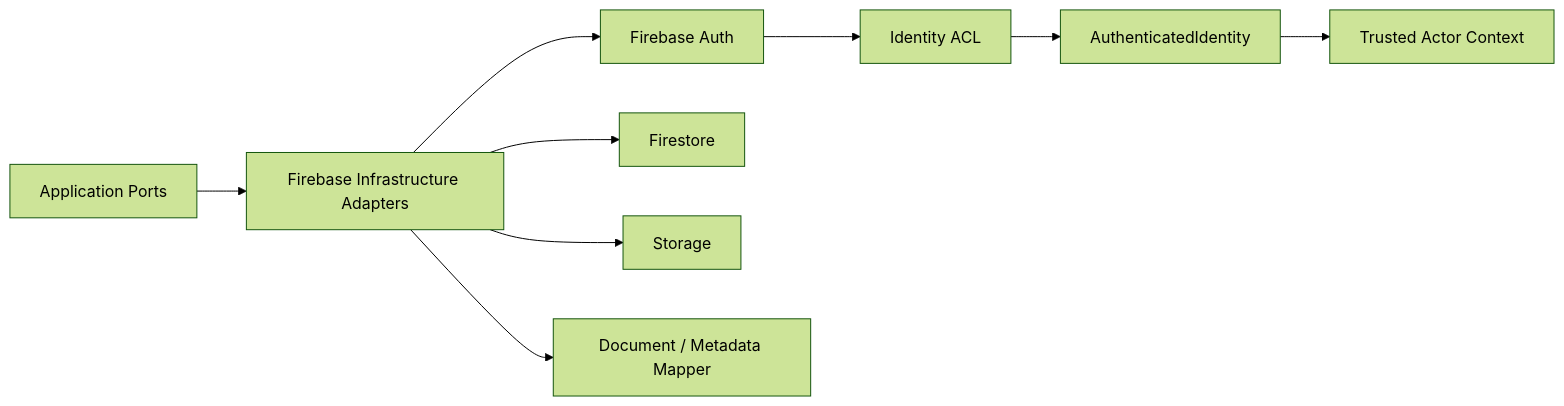
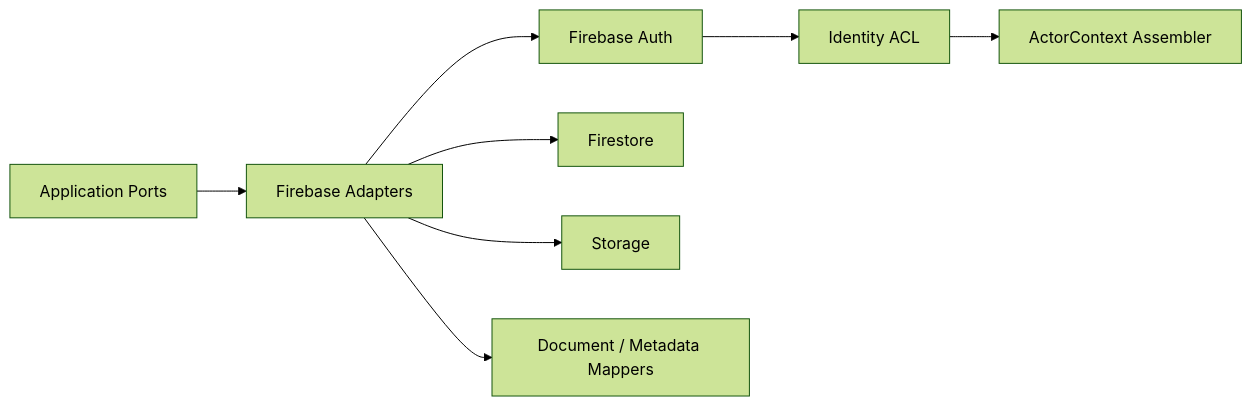
One commit to 369sup/worksync-hr changed the diagram in docs/04-infrastructure/firebase-overview.md. Above: the diagram before and after it, drawn with Mermaid (forest theme). The commit also changed other lines of this file and 40 other files, not shown here.

Commit message:
Refactor leave workflow architecture and UI

````diff
--- a/docs/04-infrastructure/firebase-overview.md
+++ b/docs/04-infrastructure/firebase-overview.md
@@ -7,11 +4,10 @@
 ```mermaid
 flowchart LR
-  APP[Application Ports] --> INF[Firebase Infrastructure Adapters]
-  INF --> AUTH[Firebase Auth]
-  INF --> FS[Firestore]
-  INF --> ST[Storage]
-  INF --> MAP[Document / Metadata Mapper]
-  AUTH --> ACL[Identity ACL]
-  ACL --> ID[AuthenticatedIdentity]
-  ID --> ACTOR[Trusted Actor Context]
+  APP["Application Ports"] --> ADP["Firebase Adapters"]
+  ADP --> AUTH["Firebase Auth"]
+  ADP --> FS["Firestore"]
+  ADP --> ST["Storage"]
+  ADP --> MAP["Document / Metadata Mappers"]
+  AUTH --> ACL["Identity ACL"]
+  ACL --> ACT["ActorContext Assembler"]
 ```
````
